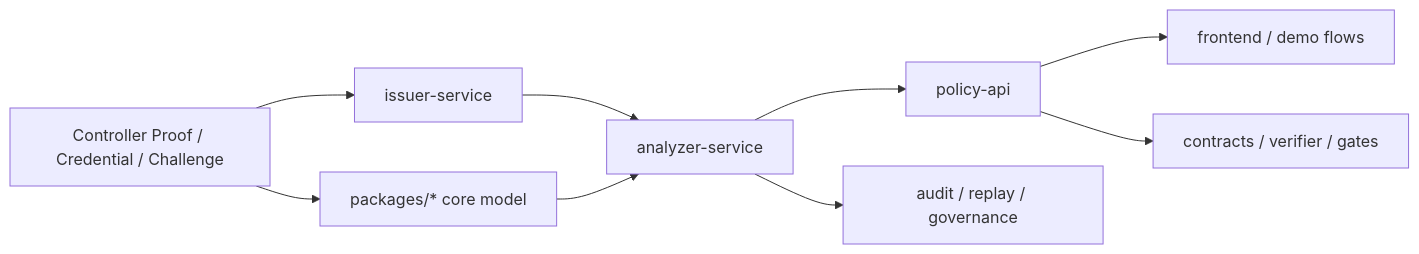
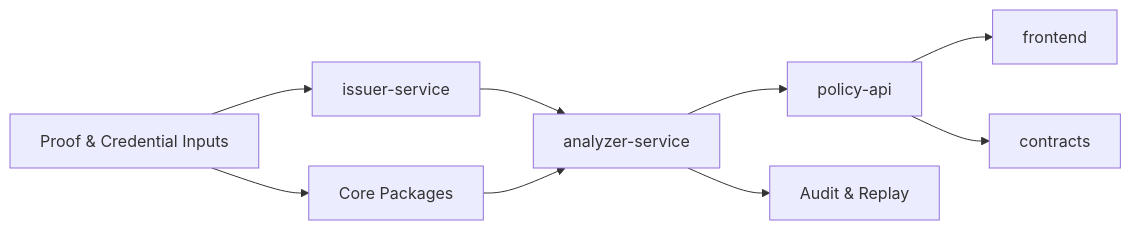
The diagram in README.md (DirreckH/Web3ID), drawn with Mermaid before and after one commit. The commit also changed other lines of this file and 1 other file, not shown here.

Commit message:
Fix README Mermaid diagrams for GitHub rendering

````diff
--- a/README.md
+++ b/README.md
@@ -51,11 +51,11 @@
 ```mermaid
 flowchart LR
-  A["Controller Proof / Credential / Challenge"] --> B["issuer-service"]
-  A --> C["packages/* core model"]
+  A["Proof & Credential Inputs"] --> B["issuer-service"]
+  A --> C["Core Packages"]
   B --> D["analyzer-service"]
   C --> D
   D --> E["policy-api"]
-  D --> F["audit / replay / governance"]
-  E --> G["frontend / demo flows"]
-  E --> H["contracts / verifier / gates"]
+  D --> F["Audit & Replay"]
+  E --> G["frontend"]
+  E --> H["contracts"]
 ```
````
